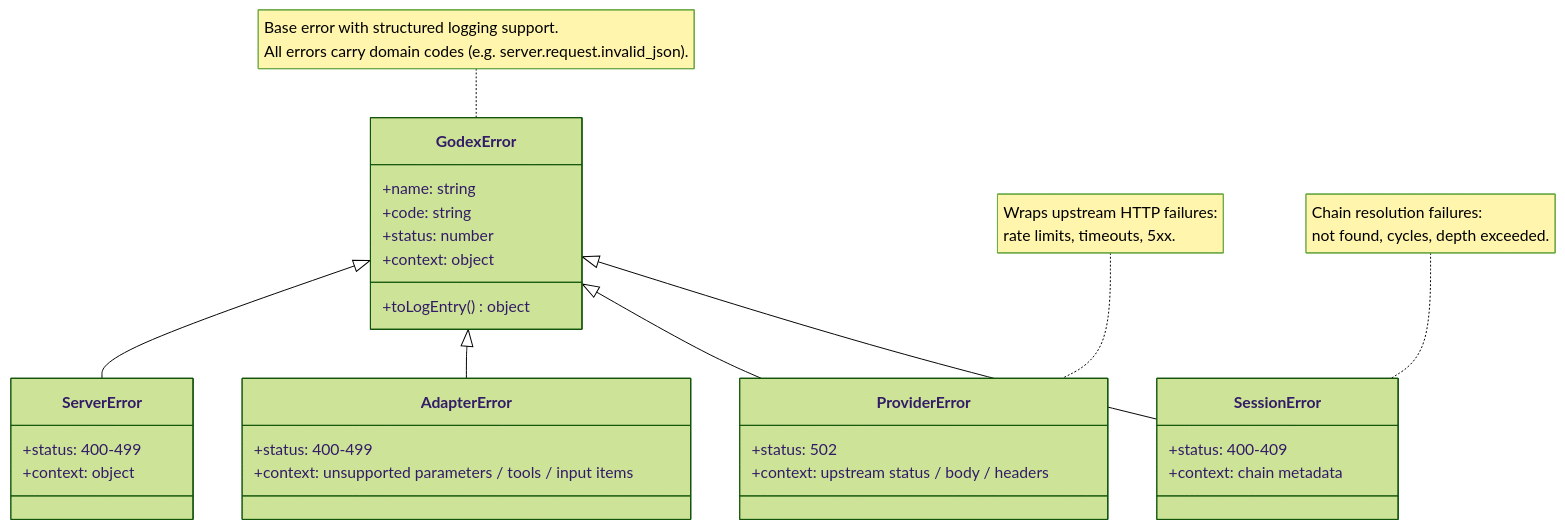
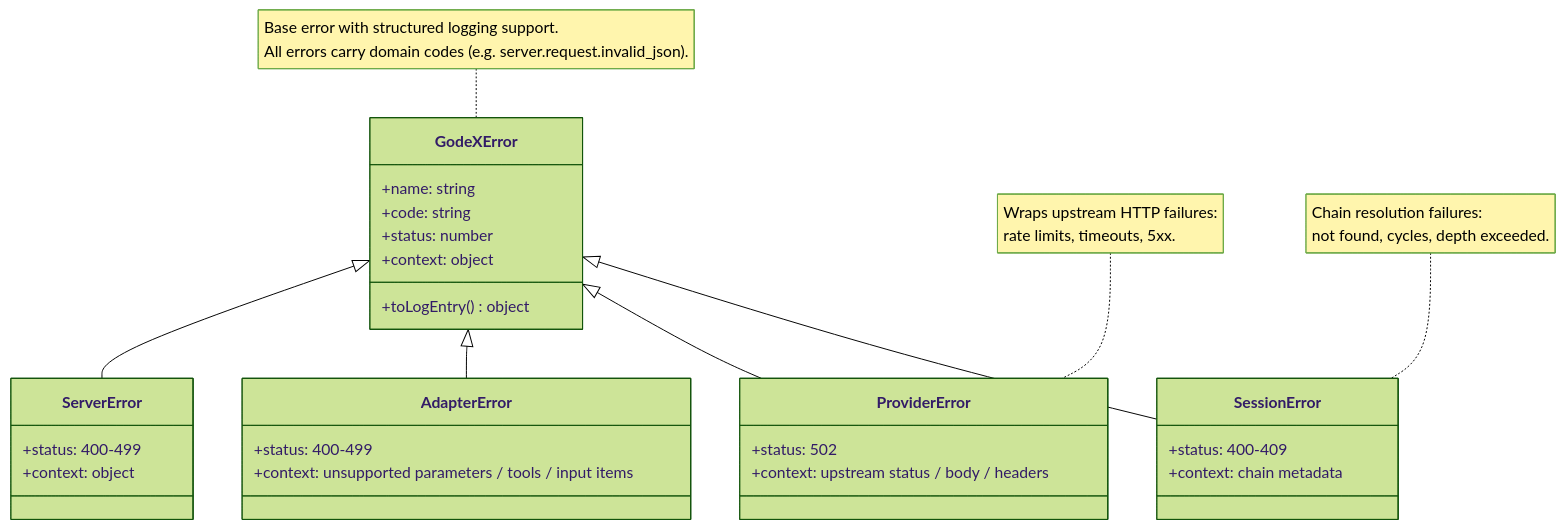
One commit to zamelee/GodeX changed the fifth of 5 diagrams in README.md. Above: the diagram before and after it, drawn with Mermaid (forest theme). The commit also changed other lines of this file and 96 other files, not shown here.

First line of the commit message:
refactor: Rename project from Godex to GodeX (#44)

````diff
--- a/README.md
+++ b/README.md
@@ -255,41 +257,41 @@
 ```mermaid
 classDiagram
   direction TB
 
-  class GodexError {
+  class GodeXError {
     +name: string
     +code: string
     +status: number
     +context: object
     +toLogEntry() object
   }
 
   class ServerError {
     +status: 400-499
     +context: object
   }
 
   class AdapterError {
     +status: 400-499
     +context: unsupported parameters / tools / input items
   }
 
   class ProviderError {
     +status: 502
     +context: upstream status / body / headers
   }
 
   class SessionError {
     +status: 400-409
     +context: chain metadata
   }
 
-  GodexError <|-- ServerError
-  GodexError <|-- AdapterError
-  GodexError <|-- ProviderError
-  GodexError <|-- SessionError
+  GodeXError <|-- ServerError
+  GodeXError <|-- AdapterError
+  GodeXError <|-- ProviderError
+  GodeXError <|-- SessionError
 
-  note for GodexError "Base error with structured logging support.<br/>All errors carry domain codes (e.g. server.request.invalid_json)."
+  note for GodeXError "Base error with structured logging support.<br/>All errors carry domain codes (e.g. server.request.invalid_json)."
   note for ProviderError "Wraps upstream HTTP failures:<br/>rate limits, timeouts, 5xx."
   note for SessionError "Chain resolution failures:<br/>not found, cycles, depth exceeded."
 ```
````
